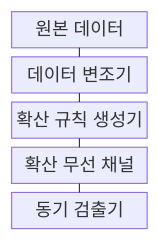
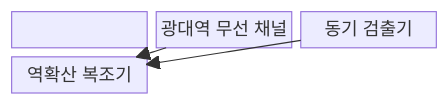
One commit to agnusdei1207/knowledge-base changed the first of 2 diagrams in src/content/docs/notes/04-network/035_fhss_dsss.md. Above: the diagram before and after it, drawn with Mermaid. The commit also changed other lines of this file and 20 other files, not shown here.

````diff
--- a/src/content/docs/notes/04-network/035_fhss_dsss.md
+++ b/src/content/docs/notes/04-network/035_fhss_dsss.md
@@ -50,13 +50,7 @@
 ```mermaid
-block-beta
-    columns 1
-    A["원본 데이터"]
-    B["데이터 변조기"]
-    C["확산 규칙 생성기"]
-    D["확산 무선 채널"]
-    E["동기 검출기"]
-    A --- B
-    B --- C
-    C --- D
-    D --- E
+block
+    columns 3
+    A["확산 규칙 생성기"] --> B["확산 변조기"] --> C["광대역 무선 채널"]
+    D["동기 검출기"] --> E["역확산 복조기"]
+    C --> E
 ```
````
